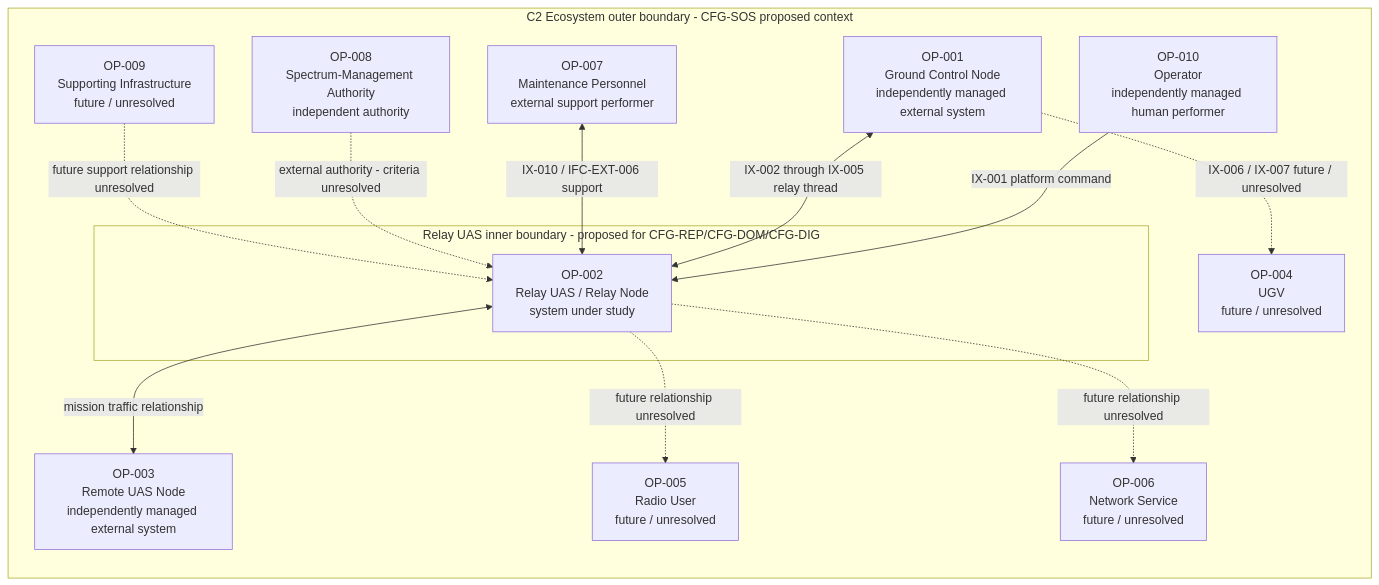
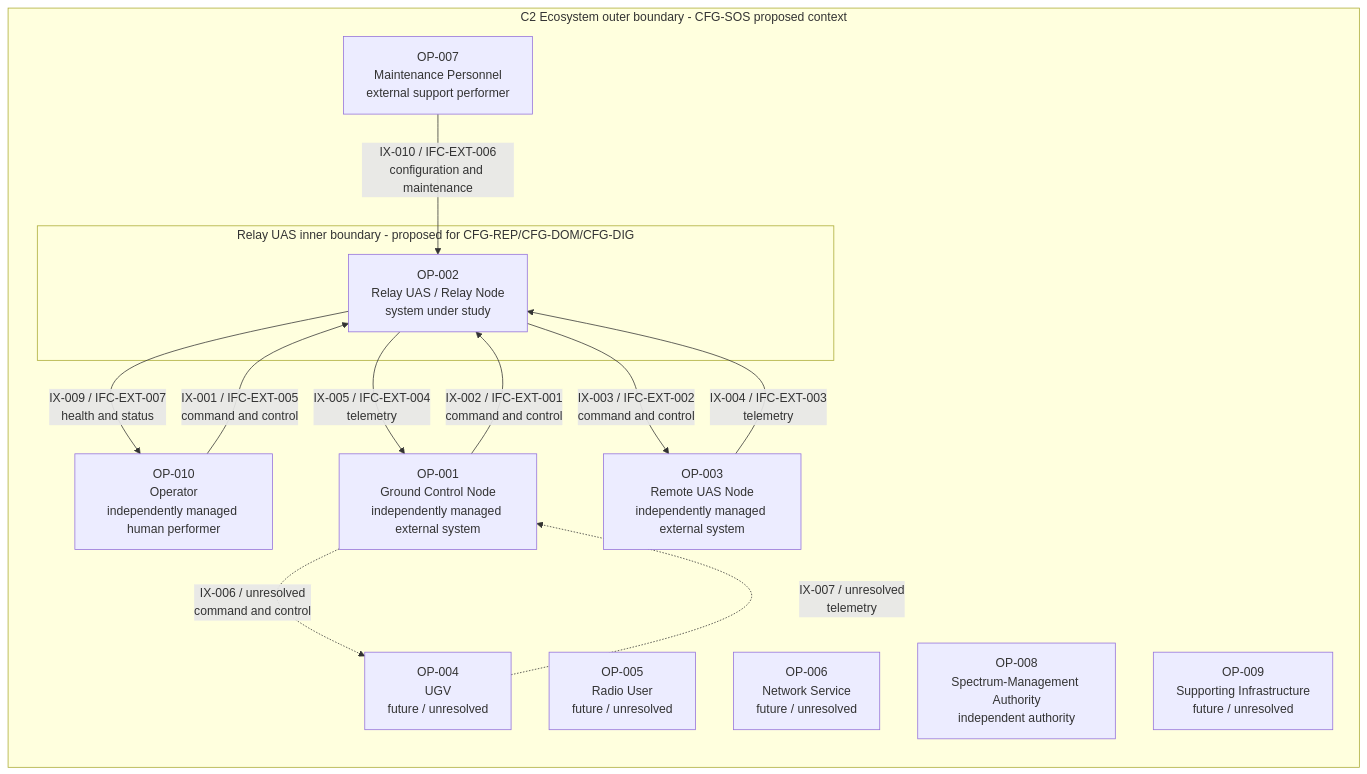
One commit to noahstephenson/low-cost-relay-uas changed the second of 22 diagrams in reports/architecture-views.md. Above: the diagram before and after it, drawn with Mermaid. The commit also changed other lines of this file and 11 other files, not shown here.

````diff
--- a/reports/architecture-views.md
+++ b/reports/architecture-views.md
@@ -42,27 +42,27 @@
 ```mermaid
 flowchart LR
     %% Configuration scope: CFG-SOS outer context - CFG-REP / CFG-DOM / CFG-DIG inner constituent
     subgraph OUTER["C2 Ecosystem outer boundary - CFG-SOS proposed context"]
         OP_010["OP-010<br/>Operator<br/>independently managed human performer"]
         OP_001["OP-001<br/>Ground Control Node<br/>independently managed external system"]
         OP_003["OP-003<br/>Remote UAS Node<br/>independently managed external system"]
         OP_004["OP-004<br/>UGV<br/>future / unresolved"]
         OP_005["OP-005<br/>Radio User<br/>future / unresolved"]
         OP_006["OP-006<br/>Network Service<br/>future / unresolved"]
         OP_007["OP-007<br/>Maintenance Personnel<br/>external support performer"]
         OP_008["OP-008<br/>Spectrum-Management Authority<br/>independent authority"]
         OP_009["OP-009<br/>Supporting Infrastructure<br/>future / unresolved"]
         subgraph INNER["Relay UAS inner boundary - proposed for CFG-REP/CFG-DOM/CFG-DIG"]
             OP_002["OP-002<br/>Relay UAS / Relay Node<br/>system under study"]
         end
     end
-    OP_010 -->|"IX-001 platform command"| OP_002
-    OP_001 <-->|"IX-002 through IX-005 relay thread"| OP_002
-    OP_002 <-->|"mission traffic relationship"| OP_003
-    OP_007 <-->|"IX-010 / IFC-EXT-006 support"| OP_002
-    OP_008 -.->|"external authority - criteria unresolved"| OP_002
-    OP_001 -.->|"IX-006 / IX-007 future / unresolved"| OP_004
-    OP_002 -.->|"future relationship unresolved"| OP_005
-    OP_002 -.->|"future relationship unresolved"| OP_006
-    OP_009 -.->|"future support relationship unresolved"| OP_002
+    OP_010 -->|"IX-001 / IFC-EXT-005<br/>command and control"| OP_002
+    OP_001 -->|"IX-002 / IFC-EXT-001<br/>command and control"| OP_002
+    OP_002 -->|"IX-003 / IFC-EXT-002<br/>command and control"| OP_003
+    OP_003 -->|"IX-004 / IFC-EXT-003<br/>telemetry"| OP_002
+    OP_002 -->|"IX-005 / IFC-EXT-004<br/>telemetry"| OP_001
+    OP_001 -.->|"IX-006 / unresolved<br/>command and control"| OP_004
+    OP_004 -.->|"IX-007 / unresolved<br/>telemetry"| OP_001
+    OP_002 -->|"IX-009 / IFC-EXT-007<br/>health and status"| OP_010
+    OP_007 -->|"IX-010 / IFC-EXT-006<br/>configuration and maintenance"| OP_002
 ```
````
